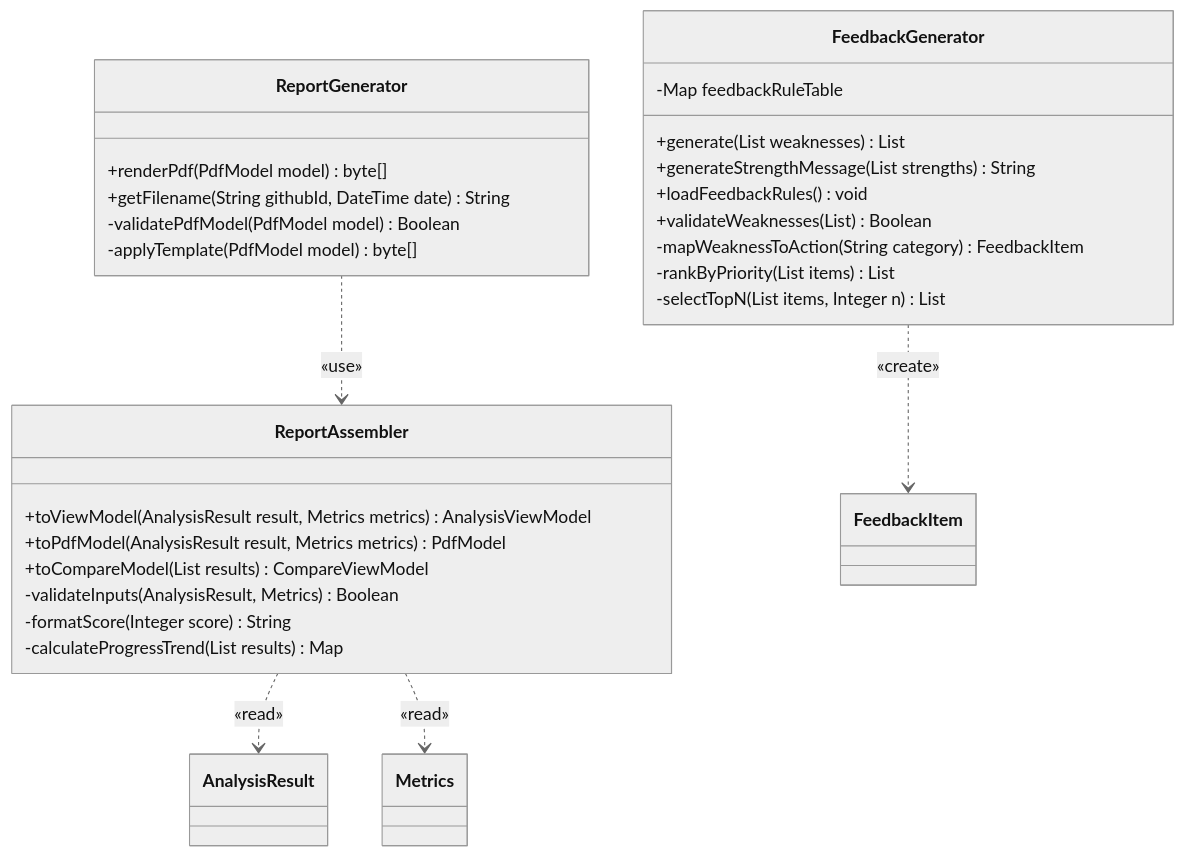
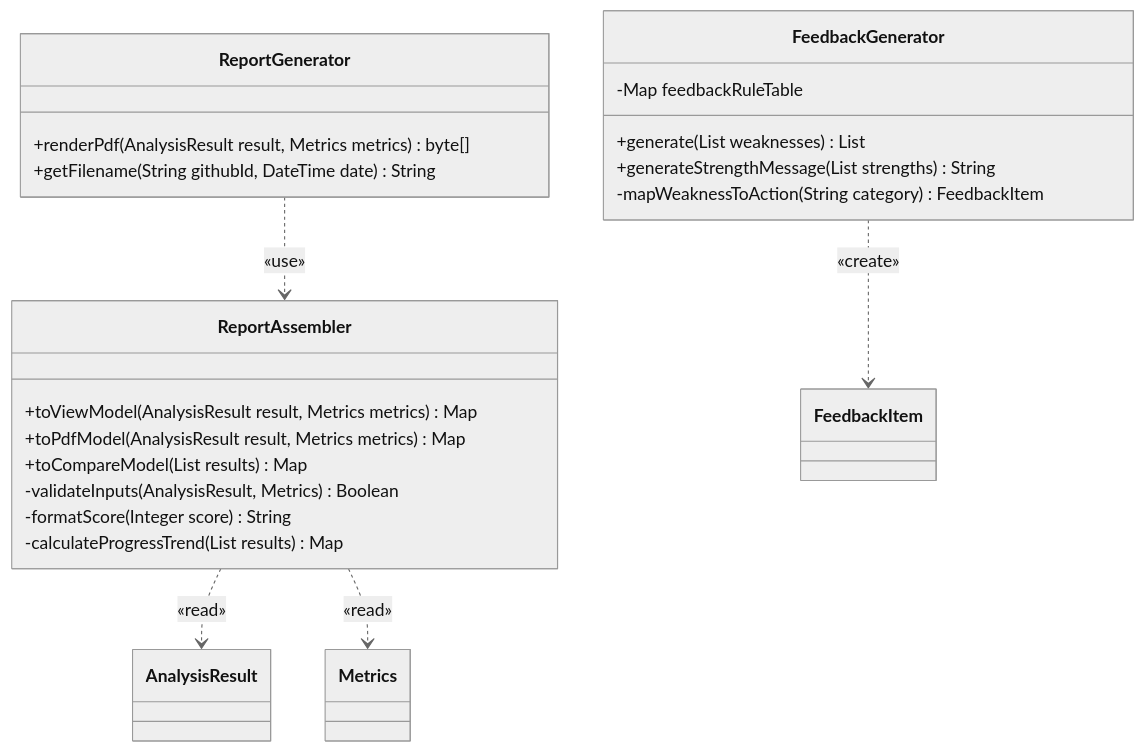
One commit to NotHyoone/OSS_Design changed the eighth of 15 diagrams in Design_[22212046_안효원].md. Above: the diagram before and after it, drawn with Mermaid (neutral theme). The commit also changed other lines of this file and 5 other files, not shown here.

````diff
--- a/Design_[22212046_안효원].md
+++ b/Design_[22212046_안효원].md
@@ -570,36 +559,30 @@
 ```mermaid
 classDiagram
     direction TB
 
     class FeedbackGenerator {
         -Map feedbackRuleTable
         +generate(List weaknesses) List
         +generateStrengthMessage(List strengths) String
-        +loadFeedbackRules() void
-        +validateWeaknesses(List) Boolean
         -mapWeaknessToAction(String category) FeedbackItem
-        -rankByPriority(List items) List
-        -selectTopN(List items, Integer n) List
     }
 
     class ReportAssembler {
-        +toViewModel(AnalysisResult result, Metrics metrics) AnalysisViewModel
-        +toPdfModel(AnalysisResult result, Metrics metrics) PdfModel
-        +toCompareModel(List results) CompareViewModel
+        +toViewModel(AnalysisResult result, Metrics metrics) Map
+        +toPdfModel(AnalysisResult result, Metrics metrics) Map
+        +toCompareModel(List results) Map
         -validateInputs(AnalysisResult, Metrics) Boolean
         -formatScore(Integer score) String
         -calculateProgressTrend(List results) Map
     }
 
     class ReportGenerator {
-        +renderPdf(PdfModel model) byte[]
+        +renderPdf(AnalysisResult result, Metrics metrics) byte[]
         +getFilename(String githubId, DateTime date) String
-        -validatePdfModel(PdfModel model) Boolean
-        -applyTemplate(PdfModel model) byte[]
     }
 
     FeedbackGenerator ..> FeedbackItem : «create»
     ReportAssembler ..> AnalysisResult : «read»
     ReportAssembler ..> Metrics : «read»
     ReportGenerator ..> ReportAssembler : «use»
 ```
````
